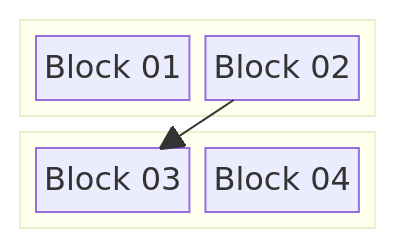
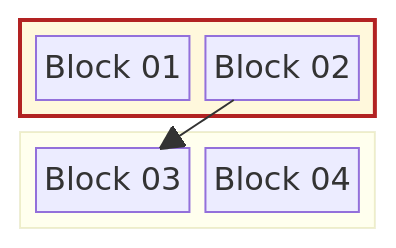
One commit to joe-dorward/samples changed the seventh of 7 diagrams in blocks/blocks_v1.md. Above: the diagram before and after it, drawn with Mermaid.

````diff
--- a/blocks/blocks_v1.md
+++ b/blocks/blocks_v1.md
@@ -87,23 +87,26 @@
 ```mermaid
   block
   columns 1
 
   %% define a block with an ID for styling
   block:GROUP_01
     BLOCK_01["Block 01"]
     BLOCK_02["Block 02"]
   end
 
   block:GROUP_02
     BLOCK_03["Block 03"]
     BLOCK_04["Block 04"]
   end
 
   %% add link
   BLOCK_02-->
   BLOCK_03
 
   %% style
   %%style GROUP_01 fill:cornsilk,stroke:firebrick,stroke-width:2px
   %%style GROUP_02 fill:cornsilk,stroke:firebrick,stroke-width:2px
+
+  classDef group fill:cornsilk,stroke:firebrick,stroke-width:2px
+  class GROUP_01, GROUP_01 group
 ```
````
